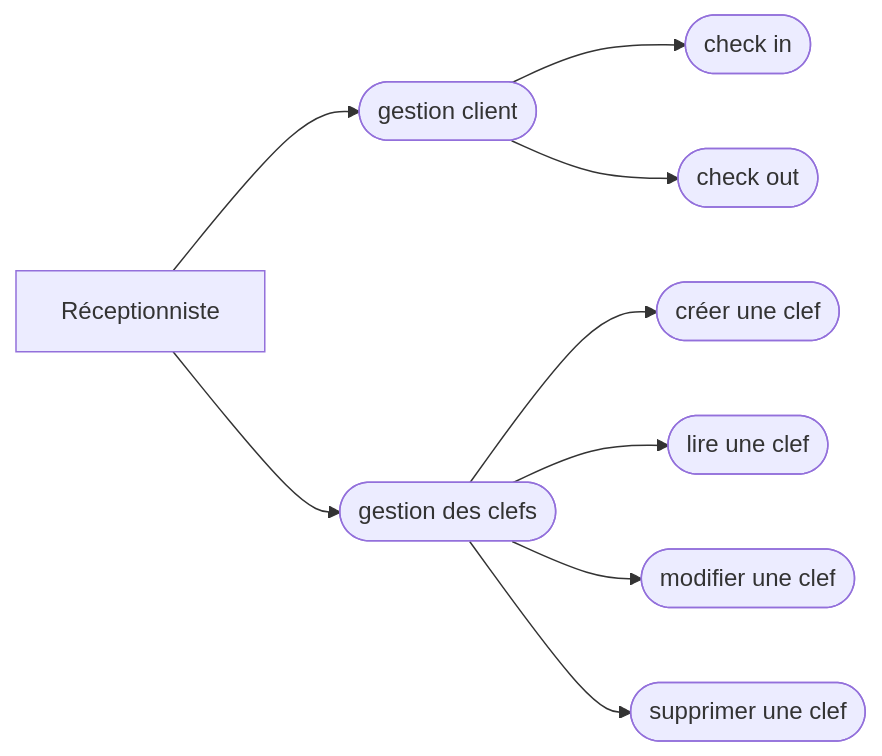
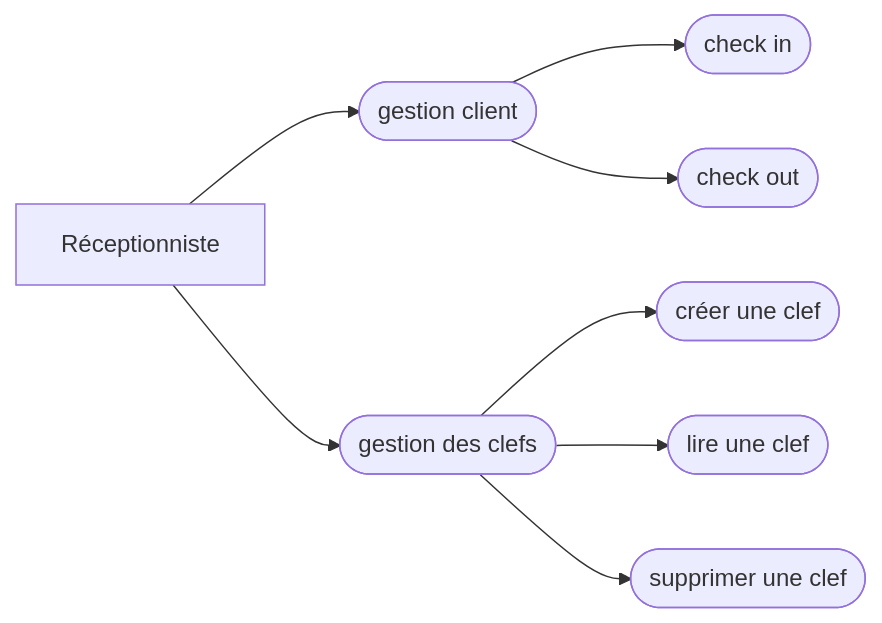
The first of 3 diagrams in receptionnist.md (ArtichOtel/ArtichOtel_MOBILE), drawn with Mermaid before and after one commit. The commit also changed other lines of this file, not shown here.

Commit message:
update use case, sequences diag

````diff
--- a/receptionnist.md
+++ b/receptionnist.md
@@ -3,11 +2,10 @@
 ```mermaid
 flowchart LR
     Réceptionniste --> id1([gestion client])
     id1 --> id11([check in])
     id1 --> id12([check out])
     Réceptionniste --> id2([gestion des clefs])
     id2 --> id3([créer une clef])
     id2 --> id4([lire une clef])
-    id2 --> id5([modifier une clef])
     id2 --> id6([supprimer une clef])
 ```
````
